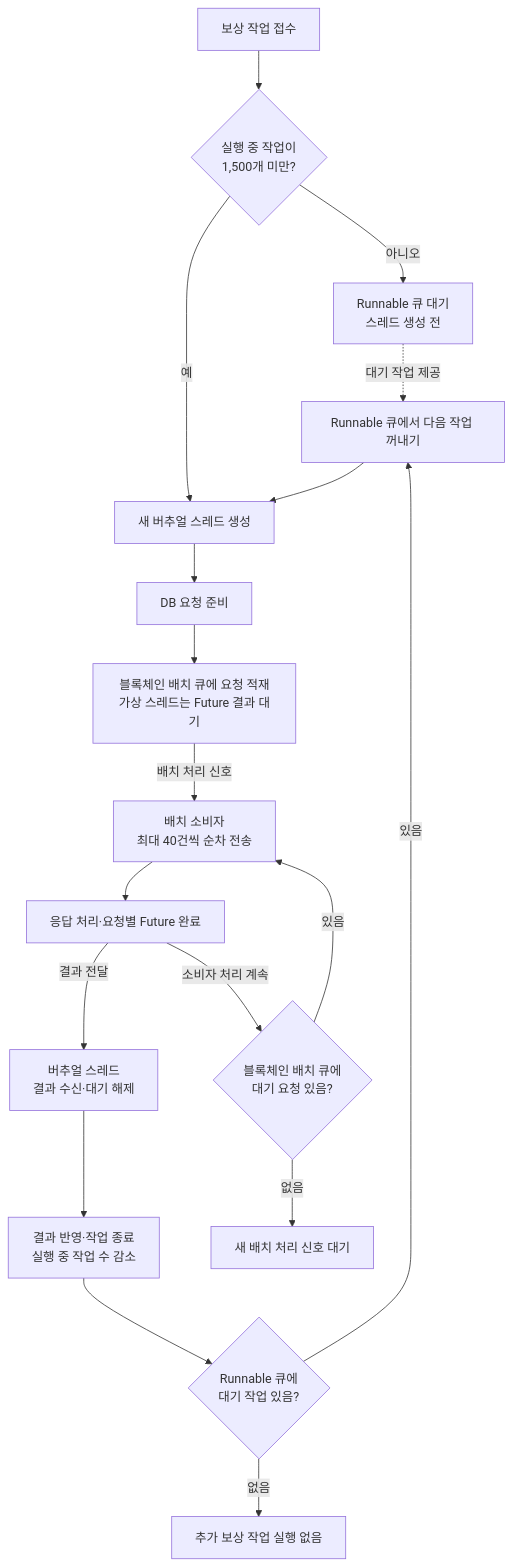
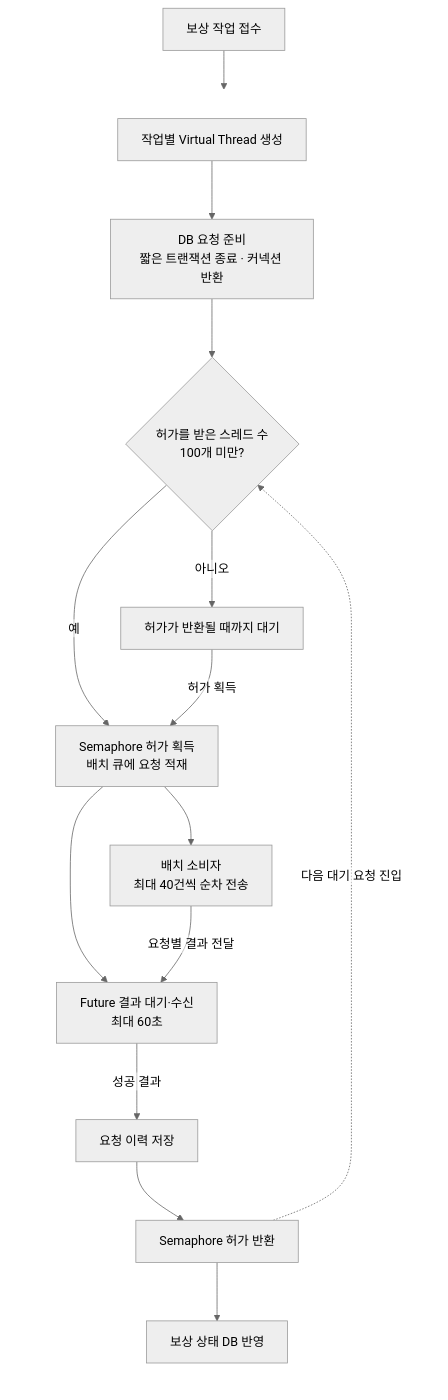
The diagram in assets/diagrams/source/diagram-05.mmd (ahncho8880/ahncho8880.github.io), drawn with Mermaid before and after one commit. The commit also changed 2 other files, not shown here.

Commit message:
Update portfolio section 1-3 with virtual threads and semaphore

```diff
--- a/assets/diagrams/source/diagram-05.mmd
+++ b/assets/diagrams/source/diagram-05.mmd
@@ -1,20 +1,20 @@
+%%{init: {"theme":"neutral","fontFamily":"Apple SD Gothic Neo, Noto Sans KR, sans-serif","flowchart":{"htmlLabels":false}}}%%
 flowchart TB
-    A["보상 작업 접수"] --> B{"실행 중 작업이<br/>1,500개 미만?"}
-    B -->|아니오| C["Runnable 큐 대기<br/>스레드 생성 전"]
-    B -->|예| D["새 버추얼 스레드 생성"]
-    D --> E["DB 요청 준비"]
-    E --> F["블록체인 배치 큐에 요청 적재<br/>가상 스레드는 Future 결과 대기"]
-    F -->|배치 처리 신호| H["배치 소비자<br/>최대 40건씩 순차 전송"]
-    H --> R["응답 처리·요청별 Future 완료"]
-
-    R -->|결과 전달| G["버추얼 스레드<br/>결과 수신·대기 해제"]
-    G --> I["결과 반영·작업 종료<br/>실행 중 작업 수 감소"]
-    I --> J{"Runnable 큐에<br/>대기 작업 있음?"}
-    J -->|있음| K["Runnable 큐에서 다음 작업 꺼내기"]
-    C -.->|대기 작업 제공| K
-    K --> D
-    J -->|없음| L["추가 보상 작업 실행 없음"]
-
-    R -->|소비자 처리 계속| M{"블록체인 배치 큐에<br/>대기 요청 있음?"}
-    M -->|있음| H
-    M -->|없음| N["새 배치 처리 신호 대기"]
+    A["보상 작업 접수"]
+    subgraph PROCESS[" "]
+        direction TB
+        B["작업별 Virtual Thread 생성"] --> C["DB 요청 준비<br/>짧은 트랜잭션 종료 · 커넥션 반환"]
+        C --> D{"허가를 받은 스레드 수<br/>100개 미만?"}
+        D -->|예| E["Semaphore 허가 획득<br/>배치 큐에 요청 적재"]
+        D -->|아니오| W["허가가 반환될 때까지 대기"]
+        W -->|허가 획득| E
+        E --> F["배치 소비자<br/>최대 40건씩 순차 전송"]
+        E --> G["Future 결과 대기·수신<br/>최대 60초"]
+        F -->|요청별 결과 전달| G
+        G -->|성공 결과| H["요청 이력 저장"]
+        H --> R["Semaphore 허가 반환"]
+        R --> I["보상 상태 DB 반영"]
+        R -.->|다음 대기 요청 진입| D
+    end
+    A --> B
+    style PROCESS fill:none,stroke:none
```
